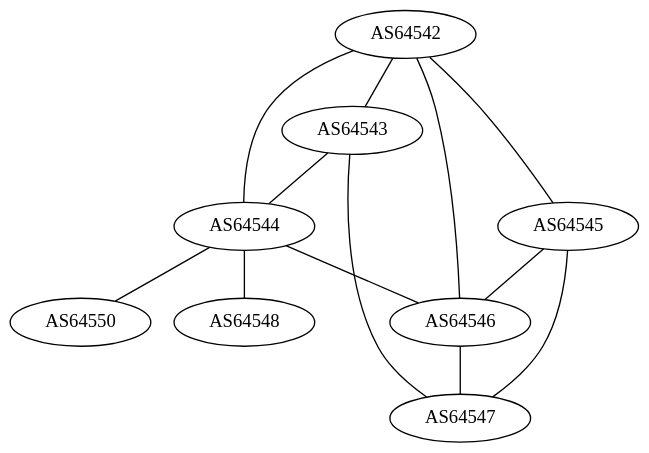
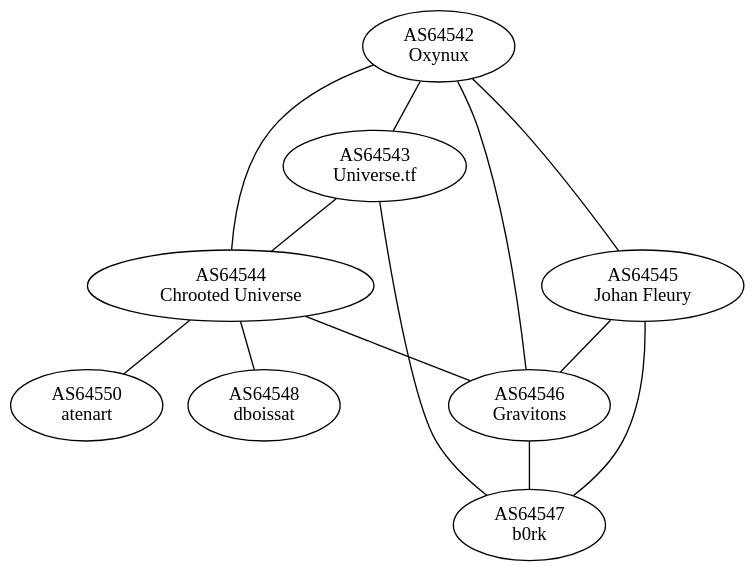
Before and after one commit to GLaNET/resources: the diagram in as-graph.dot, drawn with Graphviz.

Commit message:
Adding names to AS numbers

```diff
--- a/as-graph.dot
+++ b/as-graph.dot
@@ -1,22 +1,31 @@
 graph GLaNET
 {
         edge [len=2];
         graph [bgcolor=transparent]
+
+        AS64542 [label="AS64542\nOxynux"];
+        AS64543 [label="AS64543\nUniverse.tf"];
+        AS64544 [label="AS64544\nChrooted Universe"];
+        AS64545 [label="AS64545\nJohan Fleury"];
+        AS64546 [label="AS64546\nGravitons"];
+        AS64547 [label="AS64547\nb0rk"];
+        AS64548 [label="AS64548\ndboissat"];
+        AS64550 [label="AS64550\natenart"];
 
         AS64542 -- AS64543;
         AS64542 -- AS64544;
         AS64542 -- AS64545;
         AS64542 -- AS64546;
 
         AS64543 -- AS64544;
         AS64543 -- AS64547;
 
         AS64544 -- AS64546;
         AS64544 -- AS64548;
         AS64544 -- AS64550;
 
         AS64545 -- AS64546;
         AS64545 -- AS64547;
 
         AS64546 -- AS64547;
 }
```
